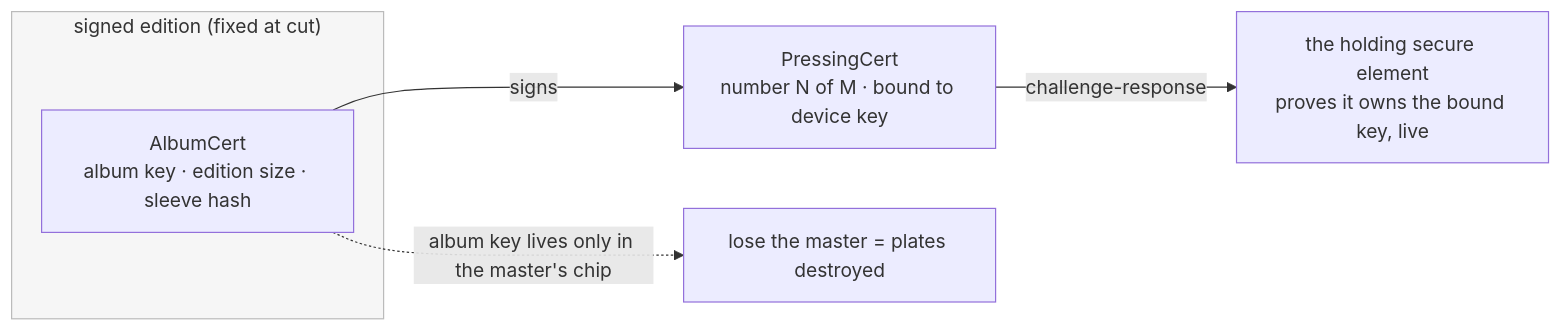
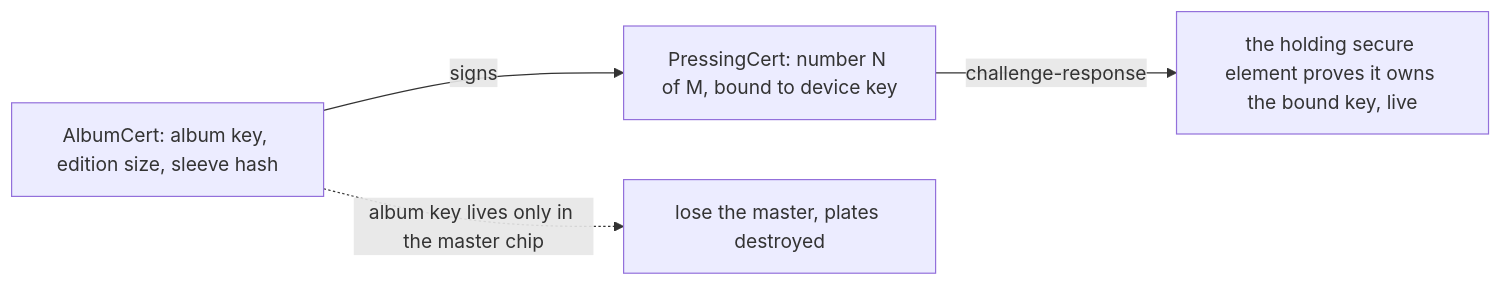
The second of 2 diagrams in README.md (s0lness/enclave-records), drawn with Mermaid before and after one commit. The commit also changed other lines of this file, not shown here.

Commit message:
README: GitHub-safe mermaid (drop <br/>, +, arrows, middle dots)

````diff
--- a/README.md
+++ b/README.md
@@ -61,10 +53,10 @@
 ```mermaid
 flowchart LR
-    subgraph edition["signed edition (fixed at cut)"]
-        AC["AlbumCert<br/>album key · edition size · sleeve hash"]
-    end
-    AC -->|signs| PC["PressingCert<br/>number N of M · bound to device key"]
-    PC -->|challenge-response| DEV["the holding secure element<br/>proves it owns the bound key, live"]
-    AC -.->|album key lives only in the master's chip| PLATES["lose the master = plates destroyed"]
-    style edition fill:#f6f6f6,stroke:#bbb
+    AC["AlbumCert: album key, edition size, sleeve hash"]
+    PC["PressingCert: number N of M, bound to device key"]
+    DEV["the holding secure element proves it owns the bound key, live"]
+    PLATES["lose the master, plates destroyed"]
+    AC -->|signs| PC
+    PC -->|challenge-response| DEV
+    AC -.->|album key lives only in the master chip| PLATES
 ```
````
